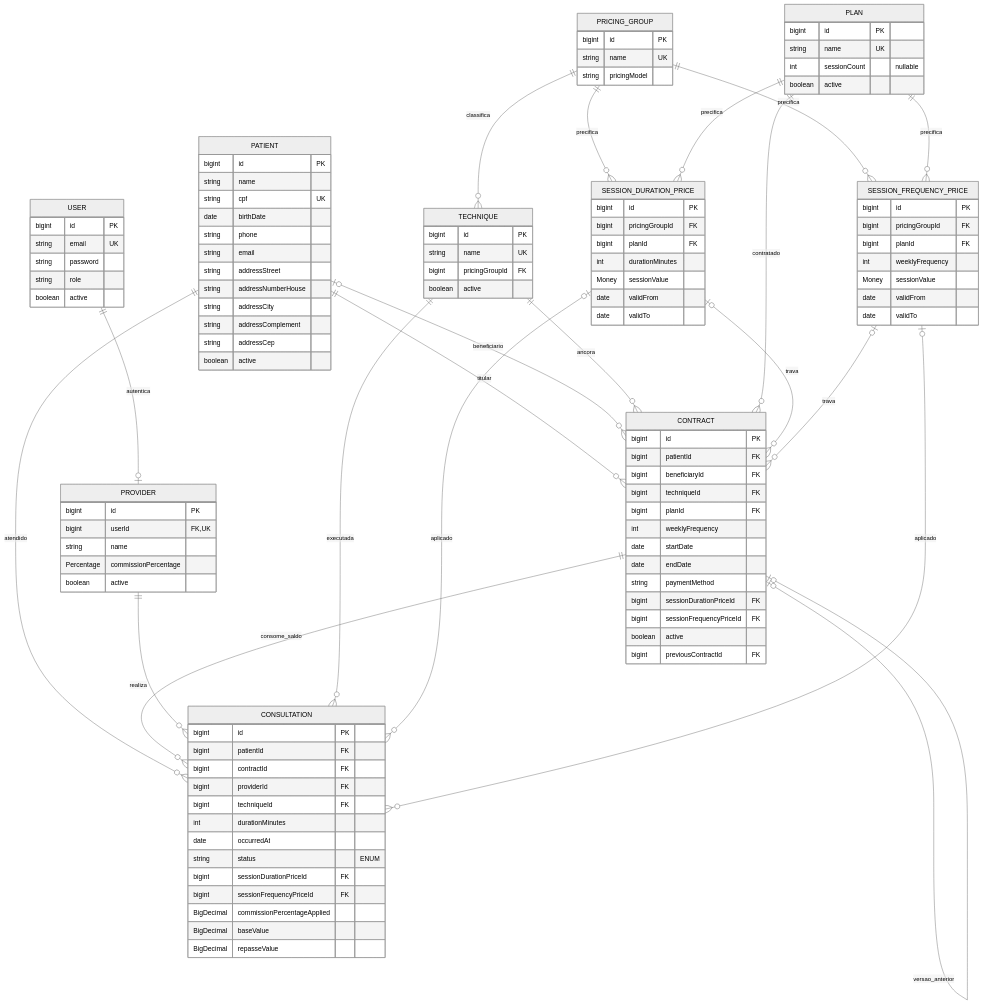
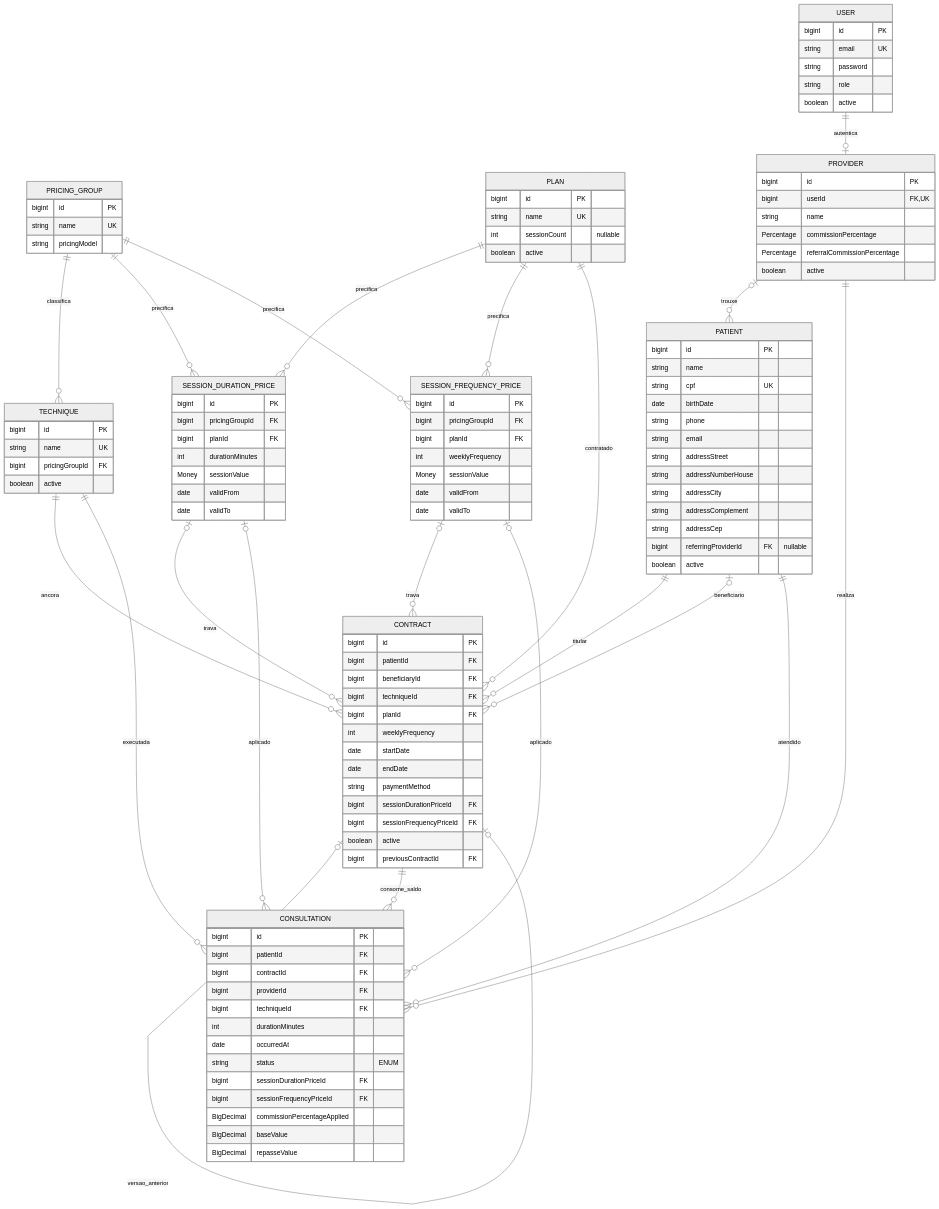
Before and after one commit to 1k2s/sublime-app: the diagram in docs/domain-model.md, drawn with Mermaid (neutral theme). The commit also changed other lines of this file and 1 other file, not shown here.

```diff
--- a/docs/domain-model.md
+++ b/docs/domain-model.md
@@ -22,6 +22,7 @@
   SESSION_DURATION_PRICE |o--o{ CONTRACT : trava
   SESSION_FREQUENCY_PRICE |o--o{ CONTRACT : trava
   USER ||--o| PROVIDER : autentica
+  PROVIDER |o--o{ PATIENT : trouxe
   PATIENT ||--o{ CONSULTATION : atendido
   CONTRACT ||--o{ CONSULTATION : consome_saldo
   PROVIDER ||--o{ CONSULTATION : realiza
@@ -41,6 +42,7 @@
     string addressCity
     string addressComplement
     string addressCep
+    bigint referringProviderId FK "nullable"
     boolean active
   }
 
@@ -113,6 +115,7 @@
     bigint userId FK, UK
     string name
     Percentage commissionPercentage
+    Percentage referralCommissionPercentage
     boolean active
   }
 
```
